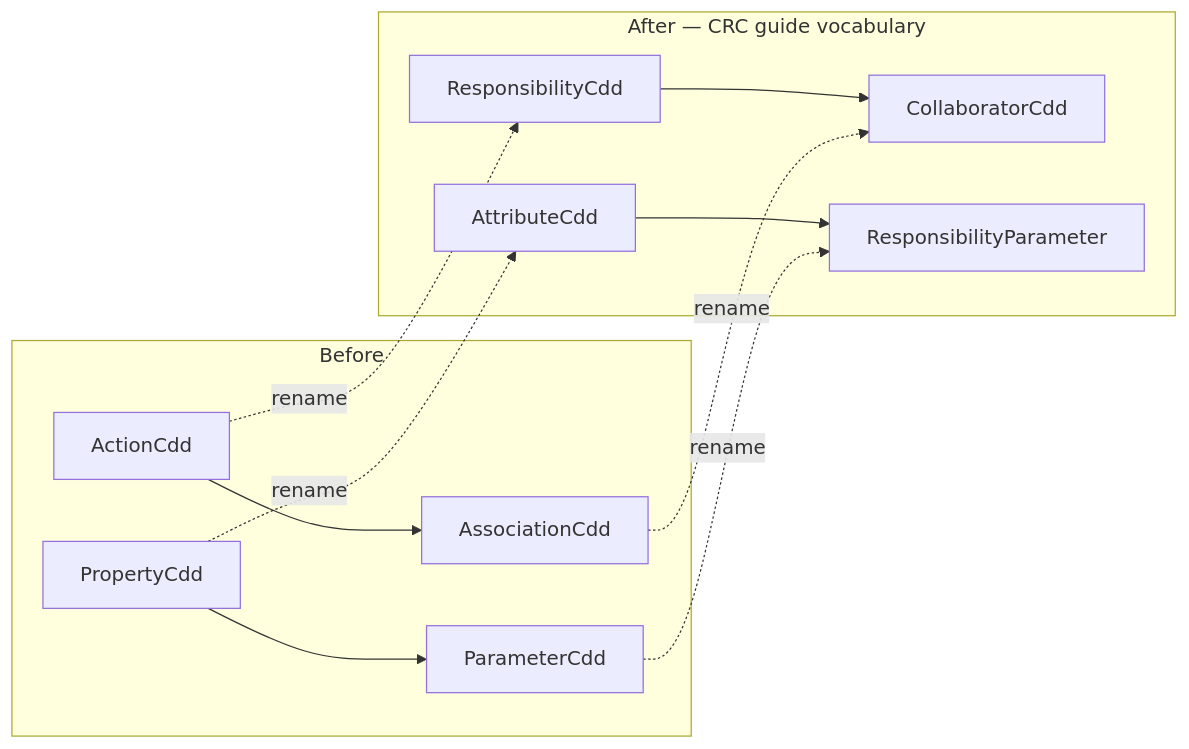
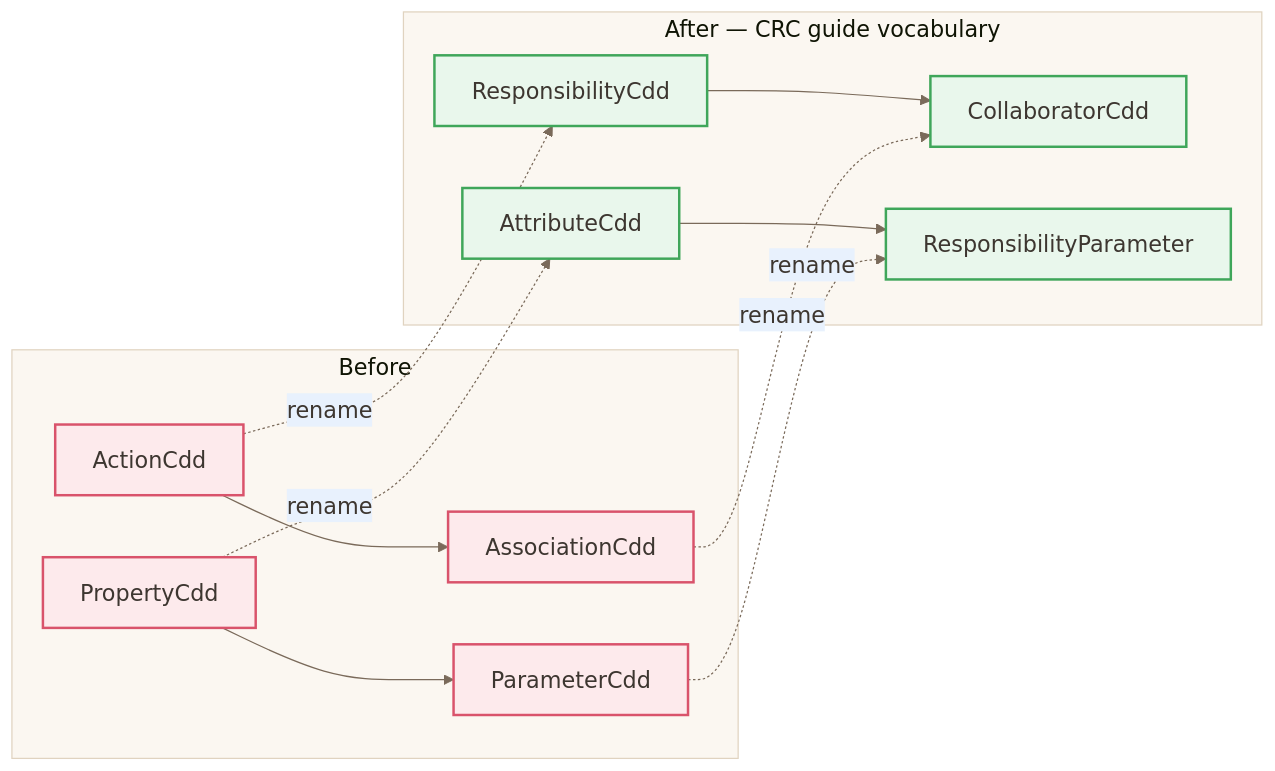
The diagram in docs/scratch_pad/CRC_VOCABULARY_RENAME_SUMMARY.md (joerg-rade/domox), drawn with Mermaid before and after one commit. The commit also changed other lines of this file and 13 other files, not shown here.

Commit message:
mermaid diagram improvements

````diff
--- a/docs/scratch_pad/CRC_VOCABULARY_RENAME_SUMMARY.md
+++ b/docs/scratch_pad/CRC_VOCABULARY_RENAME_SUMMARY.md
@@ -17,15 +17,19 @@
 ```mermaid
+%%{init: {'theme':'base','themeVariables':{'fontSize':'18px','primaryColor':'#FFF4E5','primaryTextColor':'#3D3630','primaryBorderColor':'#E8A33D','lineColor':'#7A6A5A','secondaryColor':'#E8F1FD','tertiaryColor':'#F0EBFB','clusterBkg':'#FBF7F1','clusterBorder':'#E0D3C0','background':'#FFFFFF'}}}%%
 flowchart LR
+    classDef before fill:#FDEAEC,stroke:#D9536B,stroke-width:2px,color:#3D3630
+    classDef after fill:#E9F7EC,stroke:#3FA65A,stroke-width:2px,color:#3D3630
+
     subgraph Before["Before"]
-        A1["ActionCdd"] --> A2["AssociationCdd"]
-        A3["PropertyCdd"] --> A4["ParameterCdd"]
+        A1["ActionCdd"]:::before --> A2["AssociationCdd"]:::before
+        A3["PropertyCdd"]:::before --> A4["ParameterCdd"]:::before
     end
     subgraph After["After — CRC guide vocabulary"]
-        B1["ResponsibilityCdd"] --> B2["CollaboratorCdd"]
-        B3["AttributeCdd"] --> B4["ResponsibilityParameter"]
+        B1["ResponsibilityCdd"]:::after --> B2["CollaboratorCdd"]:::after
+        B3["AttributeCdd"]:::after --> B4["ResponsibilityParameter"]:::after
     end
     A1 -.->|rename| B1
     A2 -.->|rename| B2
     A3 -.->|rename| B3
     A4 -.->|rename| B4
 ```
````
